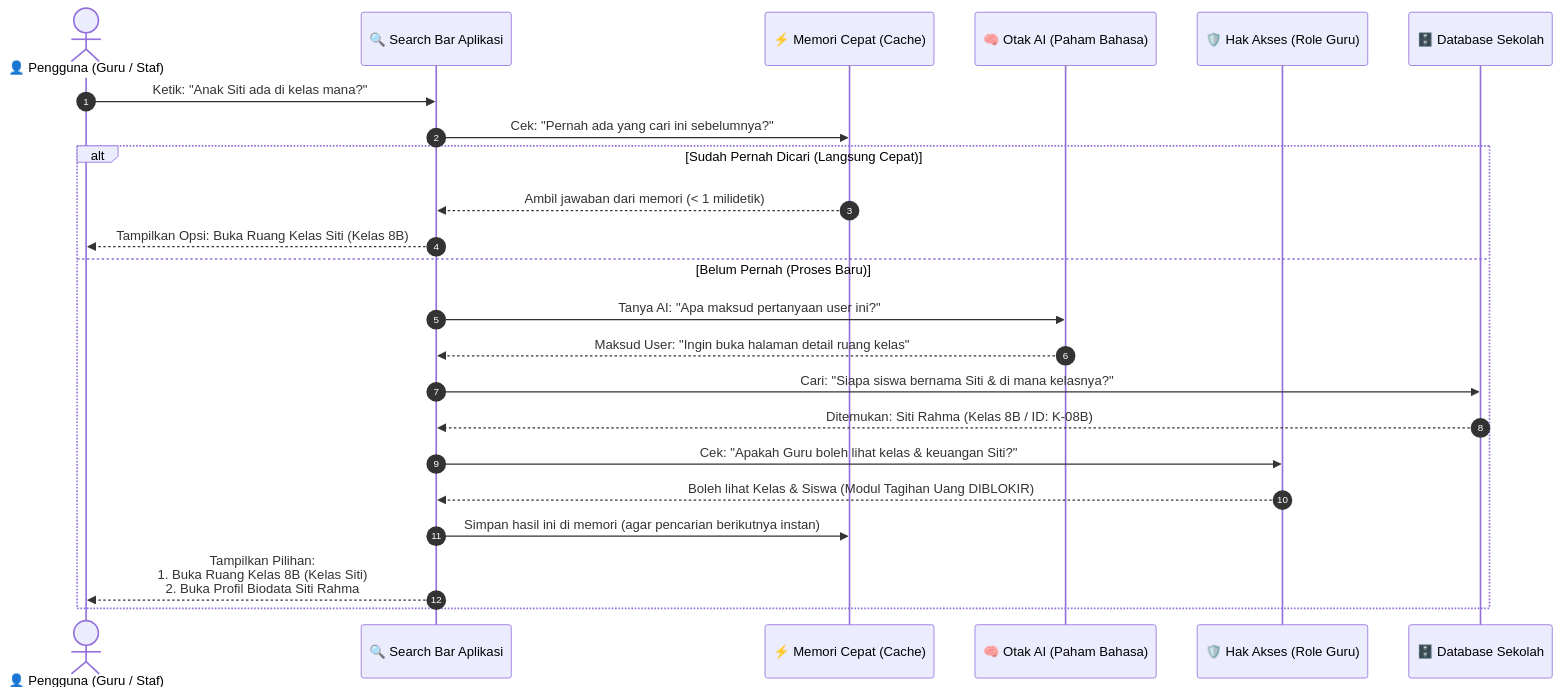
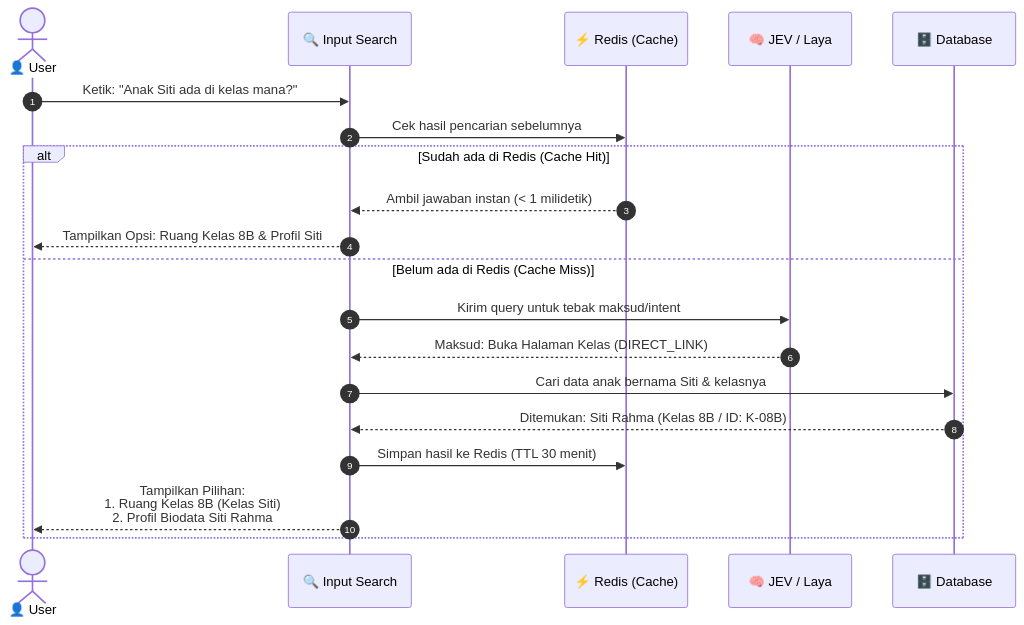
Before and after one commit to itzmail/poc-smart-search: the first of 5 diagrams in docs/POC_SMART_SEARCH.md, drawn with Mermaid. The commit also changed other lines of this file, not shown here.

Commit message:
[main] update sequence diagram actors to user, input search, redis, jev/laya and database

````diff
--- a/docs/POC_SMART_SEARCH.md
+++ b/docs/POC_SMART_SEARCH.md
@@ -66,30 +64,26 @@
 ```mermaid
 sequenceDiagram
     autonumber
-    actor User as 👤 Pengguna (Guru / Staf)
-    participant SearchBar as 🔍 Search Bar Aplikasi
-    participant Memori as ⚡ Memori Cepat (Cache)
-    participant OtakAI as 🧠 Otak AI (Paham Bahasa)
-    participant IzinAkses as 🛡️ Hak Akses (Role Guru)
-    participant Database as 🗄️ Database Sekolah
+    actor User as 👤 User
+    participant Search as 🔍 Input Search
+    participant Redis as ⚡ Redis (Cache)
+    participant AI as 🧠 JEV / Laya
+    participant DB as 🗄️ Database
 
-    User->>SearchBar: Ketik: "Anak Siti ada di kelas mana?"
+    User->>Search: Ketik: "Anak Siti ada di kelas mana?"
+    Search->>Redis: Cek hasil pencarian sebelumnya
     
-    SearchBar->>Memori: Cek: "Pernah ada yang cari ini sebelumnya?"
-    alt Sudah Pernah Dicari (Langsung Cepat)
-        Memori-->>SearchBar: Ambil jawaban dari memori (< 1 milidetik)
-        SearchBar-->>User: Tampilkan Opsi: Buka Ruang Kelas Siti (Kelas 8B)
-    else Belum Pernah (Proses Baru)
-        SearchBar->>OtakAI: Tanya AI: "Apa maksud pertanyaan user ini?"
-        OtakAI-->>SearchBar: Maksud User: "Ingin buka halaman detail ruang kelas"
+    alt Sudah ada di Redis (Cache Hit)
+        Redis-->>Search: Ambil jawaban instan (< 1 milidetik)
+        Search-->>User: Tampilkan Opsi: Ruang Kelas 8B & Profil Siti
+    else Belum ada di Redis (Cache Miss)
+        Search->>AI: Kirim query untuk tebak maksud/intent
+        AI-->>Search: Maksud: Buka Halaman Kelas (DIRECT_LINK)
         
-        SearchBar->>Database: Cari: "Siapa siswa bernama Siti & di mana kelasnya?"
-        Database-->>SearchBar: Ditemukan: Siti Rahma (Kelas 8B / ID: K-08B)
+        Search->>DB: Cari data anak bernama Siti & kelasnya
+        DB-->>Search: Ditemukan: Siti Rahma (Kelas 8B / ID: K-08B)
         
-        SearchBar->>IzinAkses: Cek: "Apakah Guru boleh lihat kelas & keuangan Siti?"
-        IzinAkses-->>SearchBar: Boleh lihat Kelas & Siswa (Modul Tagihan Uang DIBLOKIR)
-        
-        SearchBar->>Memori: Simpan hasil ini di memori (agar pencarian berikutnya instan)
-        SearchBar-->>User: Tampilkan Pilihan:<br/>1. Buka Ruang Kelas 8B (Kelas Siti)<br/>2. Buka Profil Biodata Siti Rahma
+        Search->>Redis: Simpan hasil ke Redis (TTL 30 menit)
+        Search-->>User: Tampilkan Pilihan:<br/>1. Ruang Kelas 8B (Kelas Siti)<br/>2. Profil Biodata Siti Rahma
     end
 ```
````
